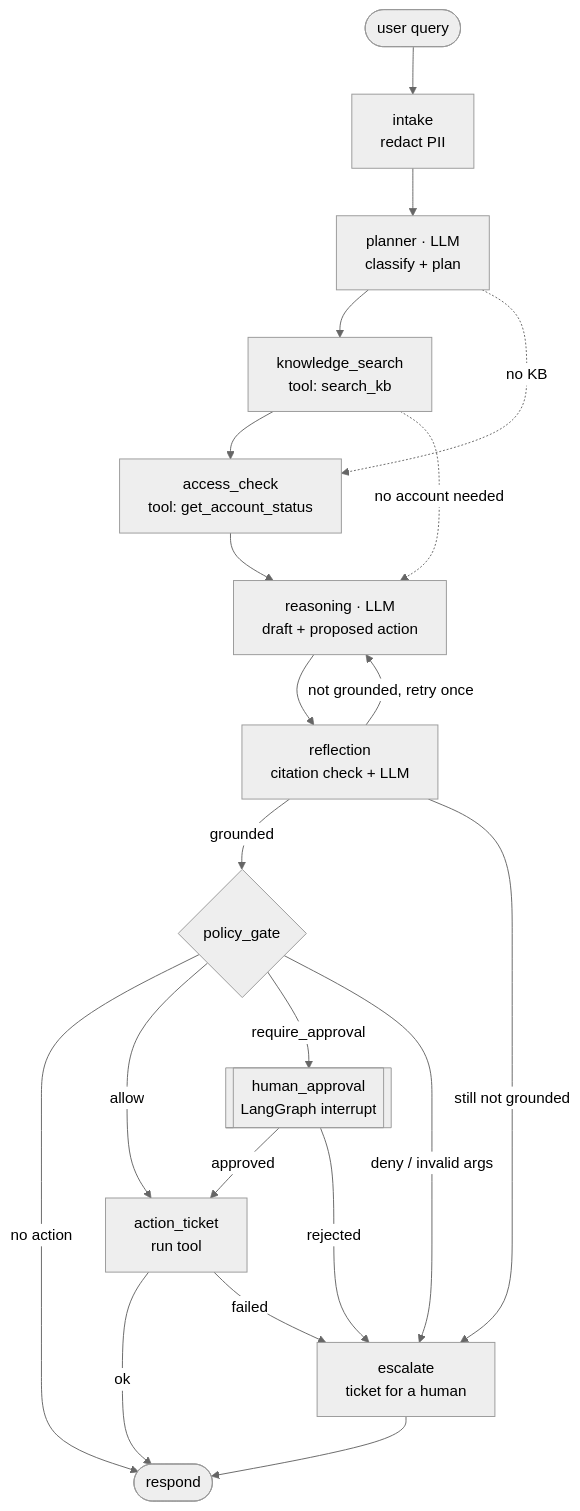
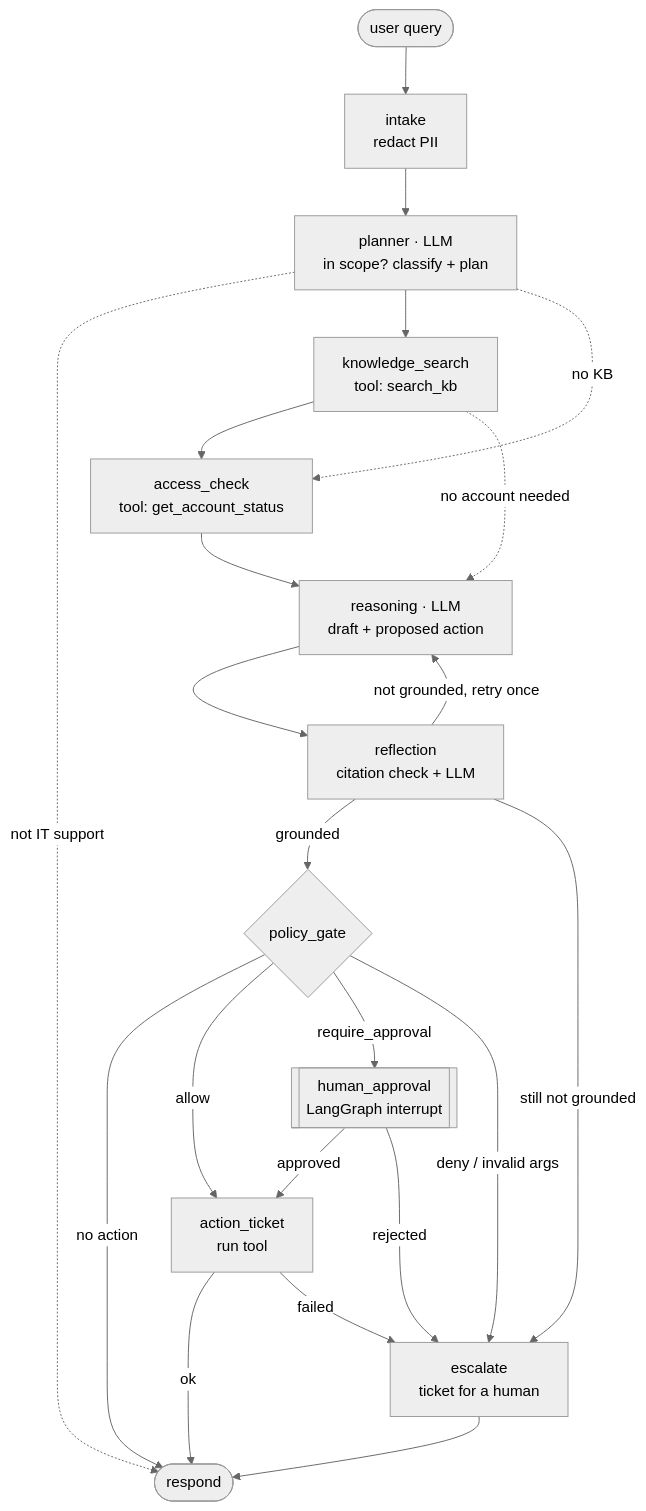
The diagram in README.md (AI-projects-coder/it-helpdesk), drawn with Mermaid (neutral theme) before and after one commit. The commit also changed other lines of this file and 21 other files, not shown here.

````diff
--- a/README.md
+++ b/README.md
@@ -132,23 +133,24 @@
 ```mermaid
 flowchart TD
     START([user query]) --> intake[intake<br/>redact PII]
-    intake --> planner[planner · LLM<br/>classify + plan]
+    intake --> planner[planner · LLM<br/>in scope? classify + plan]
+    planner -. not IT support .-> respond
     planner --> kb[knowledge_search<br/>tool: search_kb]
     planner -. no KB .-> access
     kb --> access[access_check<br/>tool: get_account_status]
     kb -. no account needed .-> reasoning
     access --> reasoning[reasoning · LLM<br/>draft + proposed action]
     reasoning --> reflection[reflection<br/>citation check + LLM]
     reflection -- not grounded, retry once --> reasoning
     reflection -- grounded --> gate{policy_gate}
     gate -- no action --> respond
     gate -- allow --> action[action_ticket<br/>run tool]
     gate -- require_approval --> hitl[[human_approval<br/>LangGraph interrupt]]
     gate -- deny / invalid args --> escalate
     hitl -- approved --> action
     hitl -- rejected --> escalate[escalate<br/>ticket for a human]
     action -- ok --> respond([respond])
     action -- failed --> escalate
     reflection -- still not grounded --> escalate
     escalate --> respond
 ```
````
